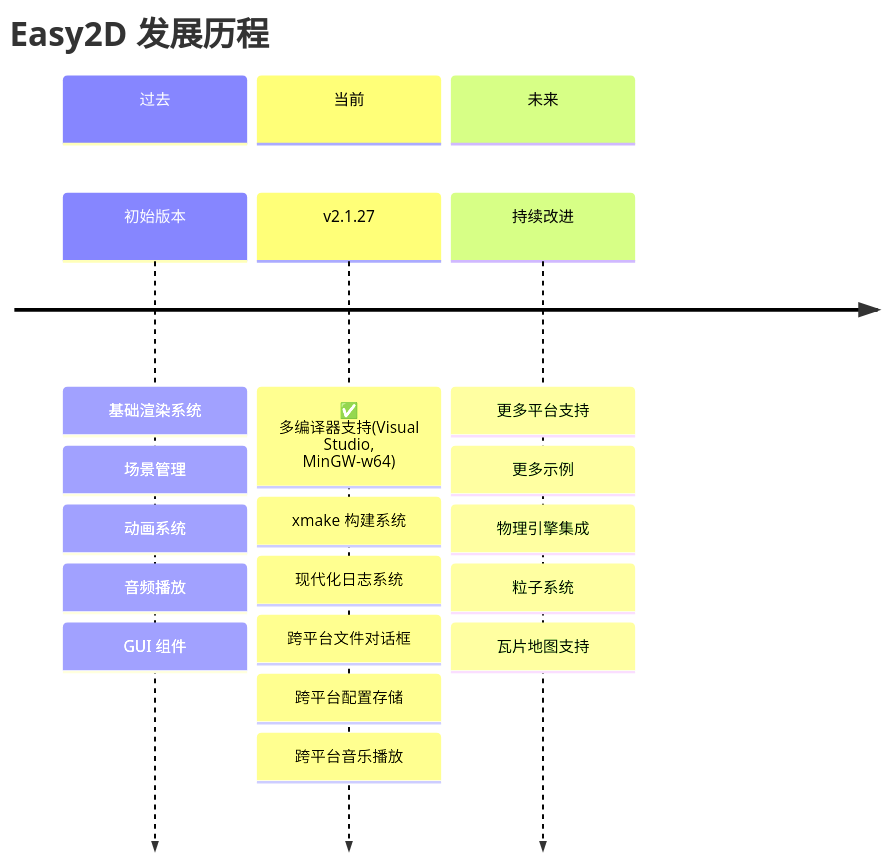
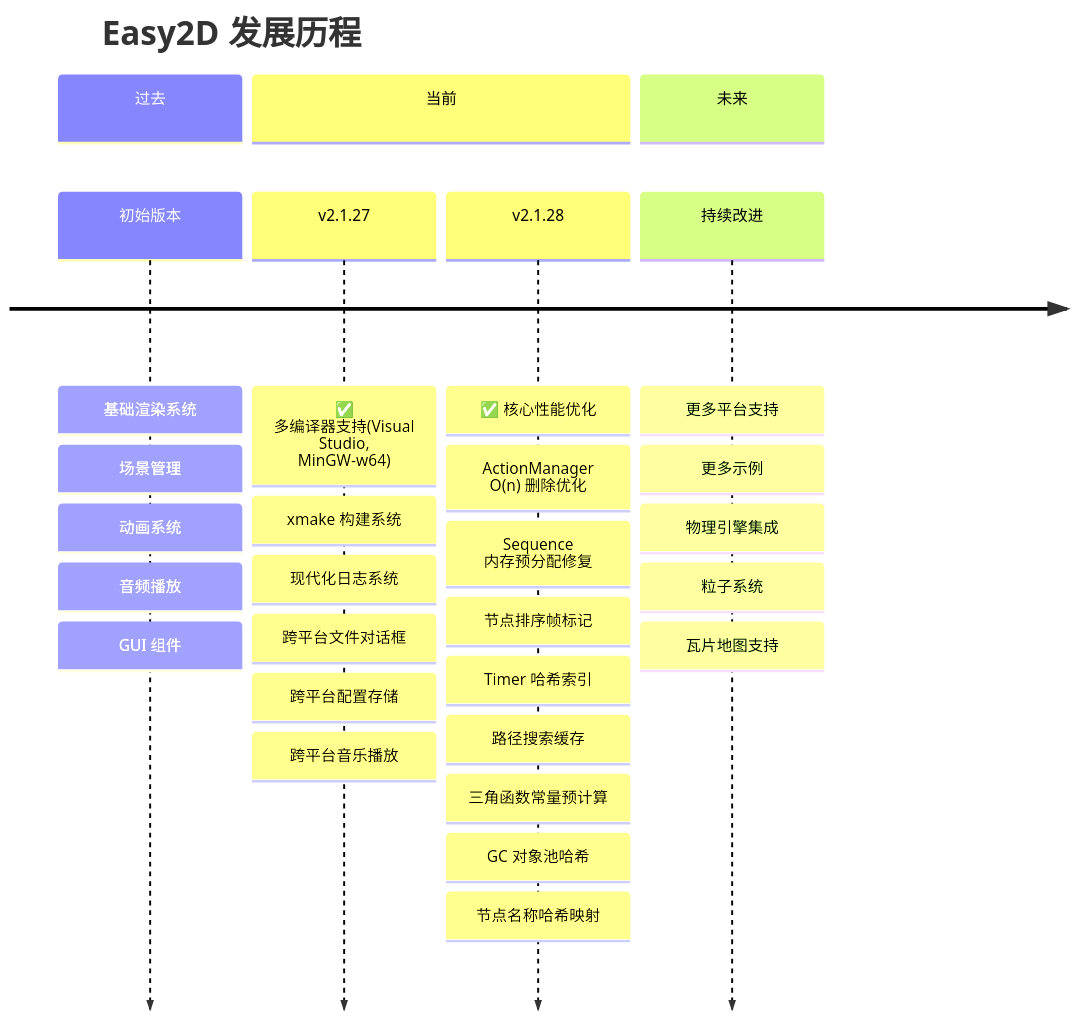
One commit to ChestnutYueyue/Easy2D changed the fifth of 5 diagrams in README.md. Above: the diagram before and after it, drawn with Mermaid. The commit also changed other lines of this file, not shown here.

````diff
--- a/README.md
+++ b/README.md
@@ -741,23 +812,32 @@
 ```mermaid
 timeline
     title Easy2D 发展历程
     section 过去
         初始版本 : 基础渲染系统
                  : 场景管理
                  : 动画系统
                  : 音频播放
                  : GUI 组件
     section 当前
         v2.1.27 : ✅ 多编译器支持(Visual Studio, MinGW-w64)
                : xmake 构建系统
                : 现代化日志系统
                : 跨平台文件对话框
                : 跨平台配置存储
                : 跨平台音乐播放
+        v2.1.28 : ✅ 核心性能优化
+               : ActionManager O(n) 删除优化
+               : Sequence 内存预分配修复
+               : 节点排序帧标记
+               : Timer 哈希索引
+               : 路径搜索缓存
+               : 三角函数常量预计算
+               : GC 对象池哈希
+               : 节点名称哈希映射
     section 未来
         持续改进 : 更多平台支持
                  : 更多示例
                  : 物理引擎集成
                  : 粒子系统
                  : 瓦片地图支持
 ```
````
